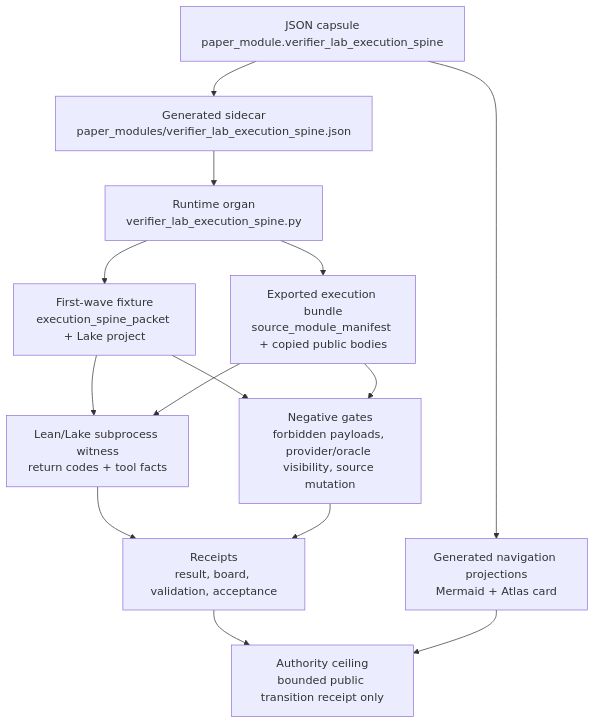
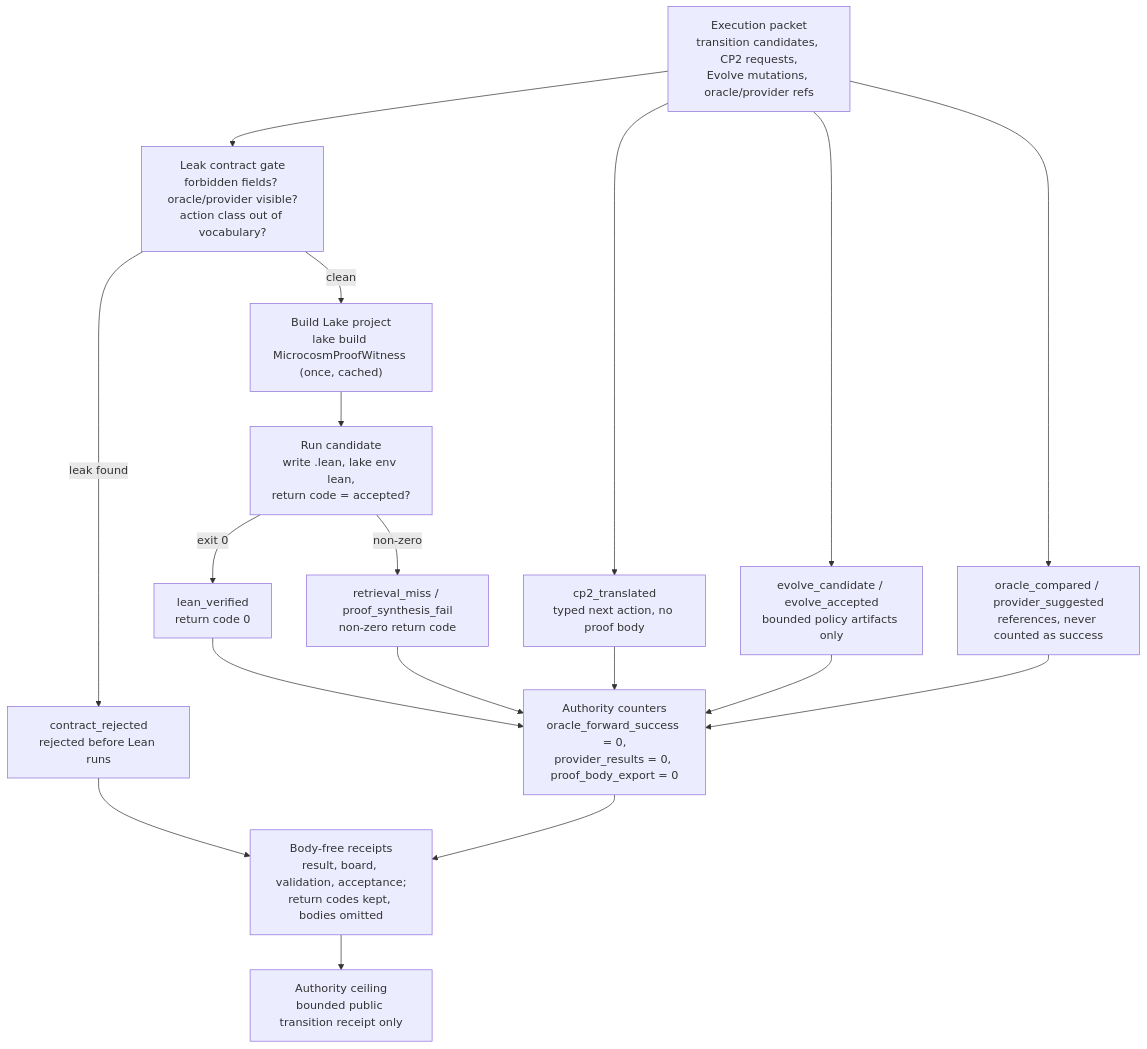
The diagram in paper_modules/verifier_lab_execution_spine.md (wcook04/plectis), drawn with Mermaid before and after one commit. The commit also changed other lines of this file and 90 other files, not shown here.

First line of the commit message:
microcosm: enrich public paper-module prose and Shape diagrams (91 modules)

````diff
--- a/paper_modules/verifier_lab_execution_spine.md
+++ b/paper_modules/verifier_lab_execution_spine.md
@@ -44,27 +74,34 @@
 ```mermaid
 flowchart TD
-    Capsule["JSON capsule\npaper_module.verifier_lab_execution_spine"]
-    Sidecar["Generated sidecar\npaper_modules/verifier_lab_execution_spine.json"]
-    Organ["Runtime organ\nverifier_lab_execution_spine.py"]
-    Fixture["First-wave fixture\nexecution_spine_packet + Lake project"]
-    Bundle["Exported execution bundle\nsource_module_manifest + copied public bodies"]
-    Tools["Lean/Lake subprocess witness\nreturn codes + tool facts"]
-    Negatives["Negative gates\nforbidden payloads, provider/oracle visibility, source mutation"]
-    Receipts["Receipts\nresult, board, validation, acceptance"]
-    Projections["Generated navigation projections\nMermaid + Atlas card"]
+    Packet["Execution packet\ntransition candidates, CP2 requests,\nEvolve mutations, oracle/provider refs"]
+    Gate["Leak contract gate\nforbidden fields? oracle/provider visible?\naction class out of vocabulary?"]
+    Rejected["contract_rejected\nrejected before Lean runs"]
+    Build["Build Lake project\nlake build MicrocosmProofWitness (once, cached)"]
+    Run["Run candidate\nwrite .lean, lake env lean,\nreturn code = accepted?"]
+    Verified["lean_verified\nreturn code 0"]
+    Residual["retrieval_miss / proof_synthesis_fail\nnon-zero return code"]
+    CP2["cp2_translated\ntyped next action, no proof body"]
+    Evolve["evolve_candidate / evolve_accepted\nbounded policy artifacts only"]
+    Refs["oracle_compared / provider_suggested\nreferences, never counted as success"]
+    Counters["Authority counters\noracle_forward_success = 0,\nprovider_results = 0, proof_body_export = 0"]
+    Receipts["Body-free receipts\nresult, board, validation, acceptance;\nreturn codes kept, bodies omitted"]
     Ceiling["Authority ceiling\nbounded public transition receipt only"]
 
-    Capsule --> Sidecar
-    Capsule --> Projections
-    Sidecar --> Organ
-    Organ --> Fixture
-    Organ --> Bundle
-    Fixture --> Tools
-    Bundle --> Tools
-    Tools --> Receipts
-    Fixture --> Negatives
-    Bundle --> Negatives
-    Negatives --> Receipts
+    Packet --> Gate
+    Gate -->|leak found| Rejected
+    Gate -->|clean| Build
+    Build --> Run
+    Run -->|exit 0| Verified
+    Run -->|non-zero| Residual
+    Packet --> CP2
+    Packet --> Evolve
+    Packet --> Refs
+    Verified --> Counters
+    Residual --> Counters
+    CP2 --> Counters
+    Evolve --> Counters
+    Refs --> Counters
+    Rejected --> Receipts
+    Counters --> Receipts
     Receipts --> Ceiling
-    Projections --> Ceiling
 ```
````
